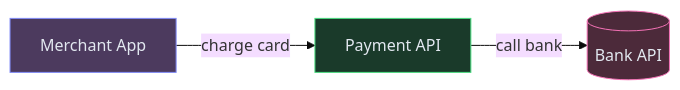
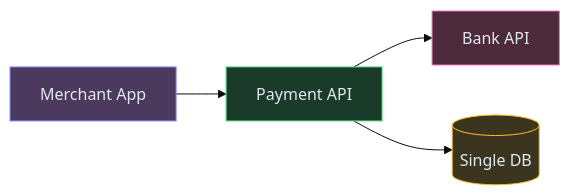
Before and after one commit to iluzn/HLD-Designs: the first of 4 diagrams in content/hld/PaymentSystem.md, drawn with Mermaid (base theme). The commit also changed other lines of this file and 8 other files, not shown here.

````diff
--- a/content/hld/PaymentSystem.md
+++ b/content/hld/PaymentSystem.md
@@ -25,13 +23,16 @@
 ```mermaid
 flowchart LR
     MERCHANT["Merchant App"]:::client
     API["Payment API"]:::service
-    BANK[("Bank API")]:::external
+    BANK["Bank API"]:::external
+    DB[("Single DB")]:::data
 
-    MERCHANT -->|"charge card"| API
-    API -->|"call bank"| BANK
+    MERCHANT --> API
+    API --> BANK
+    API --> DB
 
     classDef client fill:#4c3a5e,stroke:#818cf8,color:#e2e8f0
     classDef service fill:#1a3a2a,stroke:#4ade80,color:#e2e8f0
+    classDef data fill:#3b3520,stroke:#fbbf24,color:#e2e8f0
     classDef external fill:#4c2a3a,stroke:#f472b6,color:#e2e8f0
 ```
````
